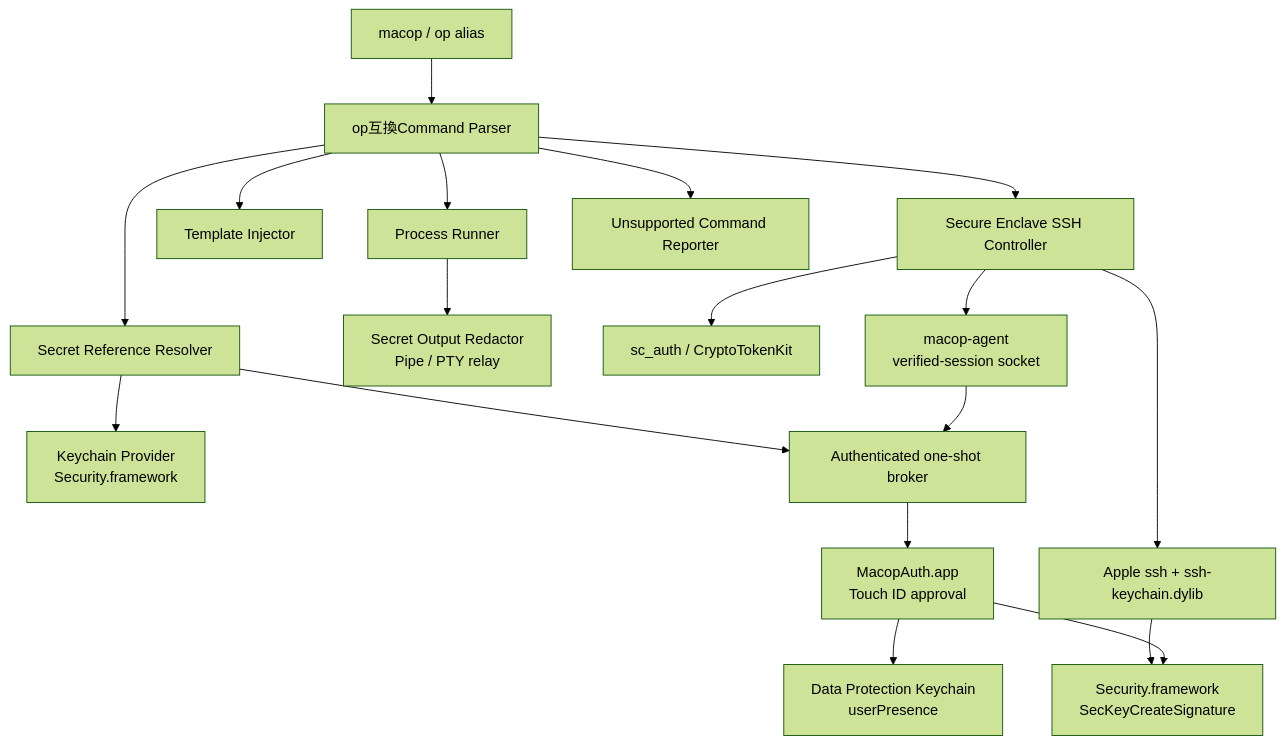
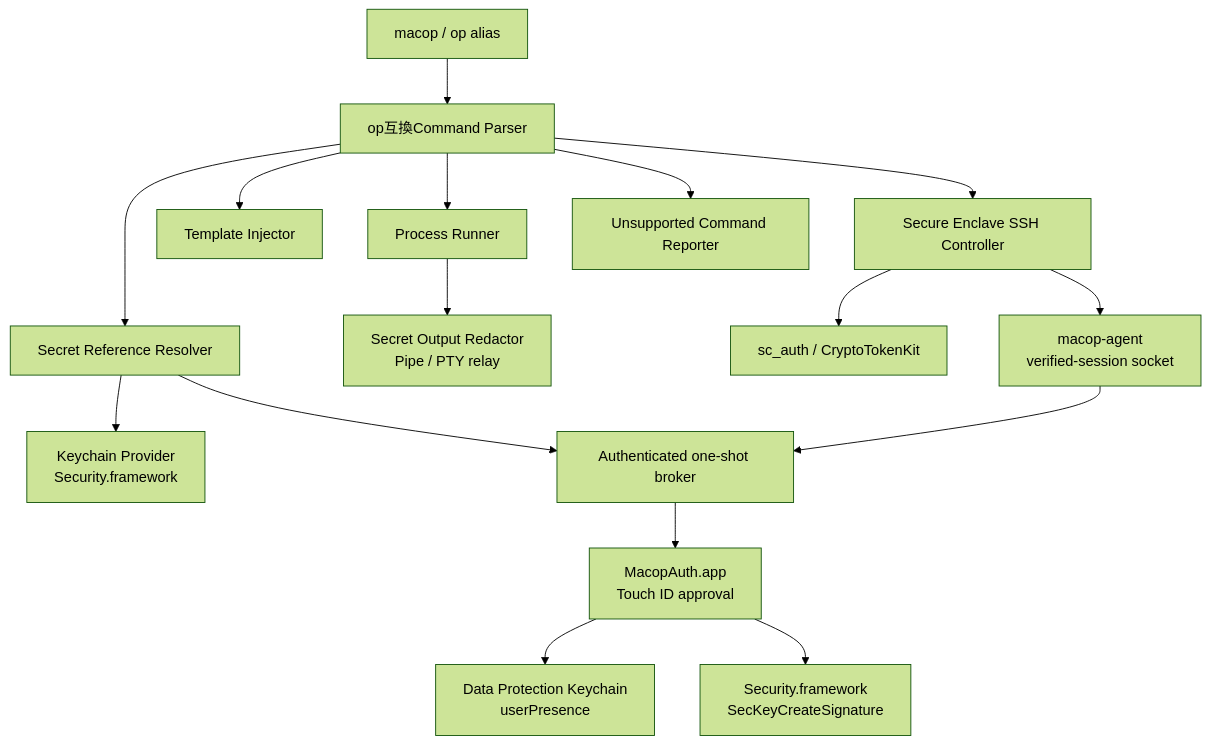
The second of 2 diagrams in docs/macop-design.md (slashkiko/macop), drawn with Mermaid (forest theme) before and after one commit. The commit also changed other lines of this file and 16 other files, not shown here.

````diff
--- a/docs/macop-design.md
+++ b/docs/macop-design.md
@@ -426,20 +429,18 @@
 ```mermaid
 flowchart TD
     CLI["macop / op alias"] --> Parser["op互換Command Parser"]
     Parser --> Resolver["Secret Reference Resolver"]
     Resolver --> Keychain["Keychain Provider<br>Security.framework"]
     Resolver --> Broker["Authenticated one-shot broker"]
     Broker --> AuthApp["MacopAuth.app<br>Touch ID approval"]
     AuthApp --> ManagedKeychain["Data Protection Keychain<br>userPresence"]
     Parser --> Runner["Process Runner"]
     Runner --> Redactor["Secret Output Redactor<br>Pipe / PTY relay"]
     Parser --> Injector["Template Injector"]
     Parser --> SSH["Secure Enclave SSH Controller"]
     SSH --> CTK["sc_auth / CryptoTokenKit"]
-    SSH --> AppleSSH["Apple ssh + ssh-keychain.dylib"]
-    AppleSSH --> Key["Security.framework<br>SecKeyCreateSignature"]
     SSH --> Agent["macop-agent<br>verified-session socket"]
     Agent --> Broker
-    AuthApp --> Key
+    AuthApp --> Key["Security.framework<br>SecKeyCreateSignature"]
     Parser --> Unsupported["Unsupported Command Reporter"]
 ```
````
